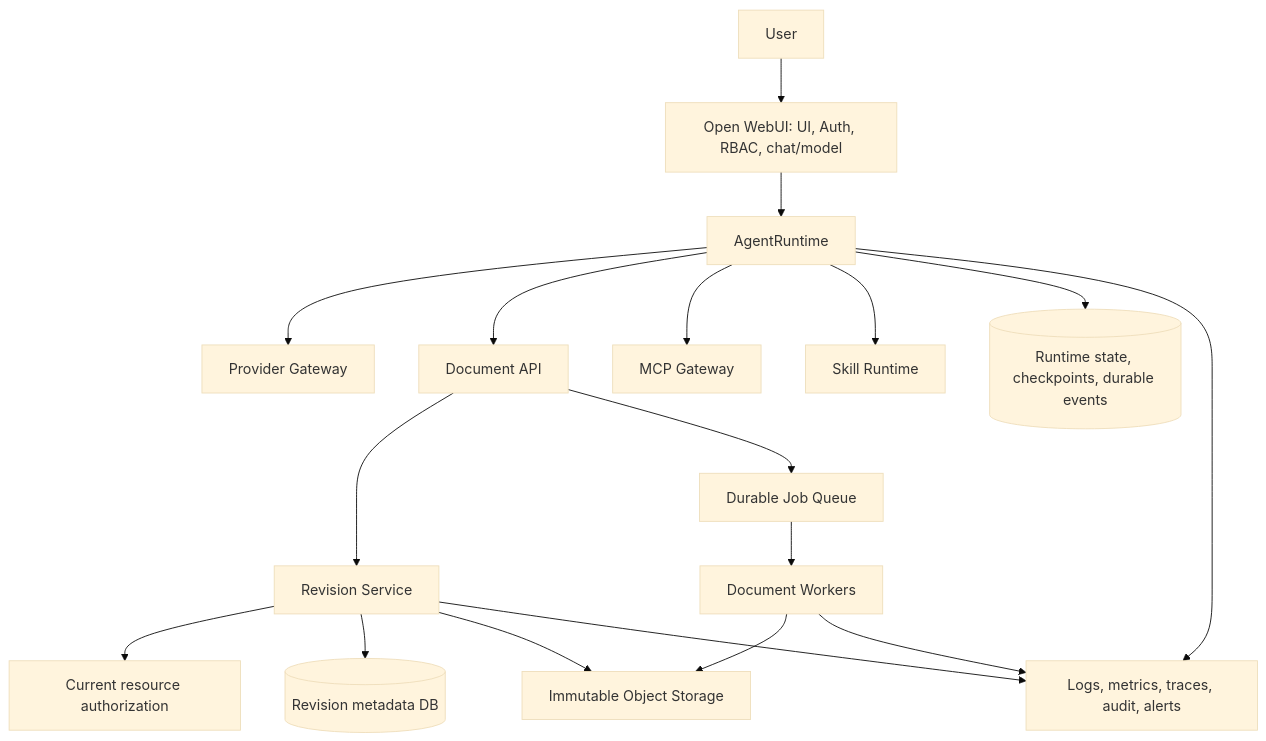
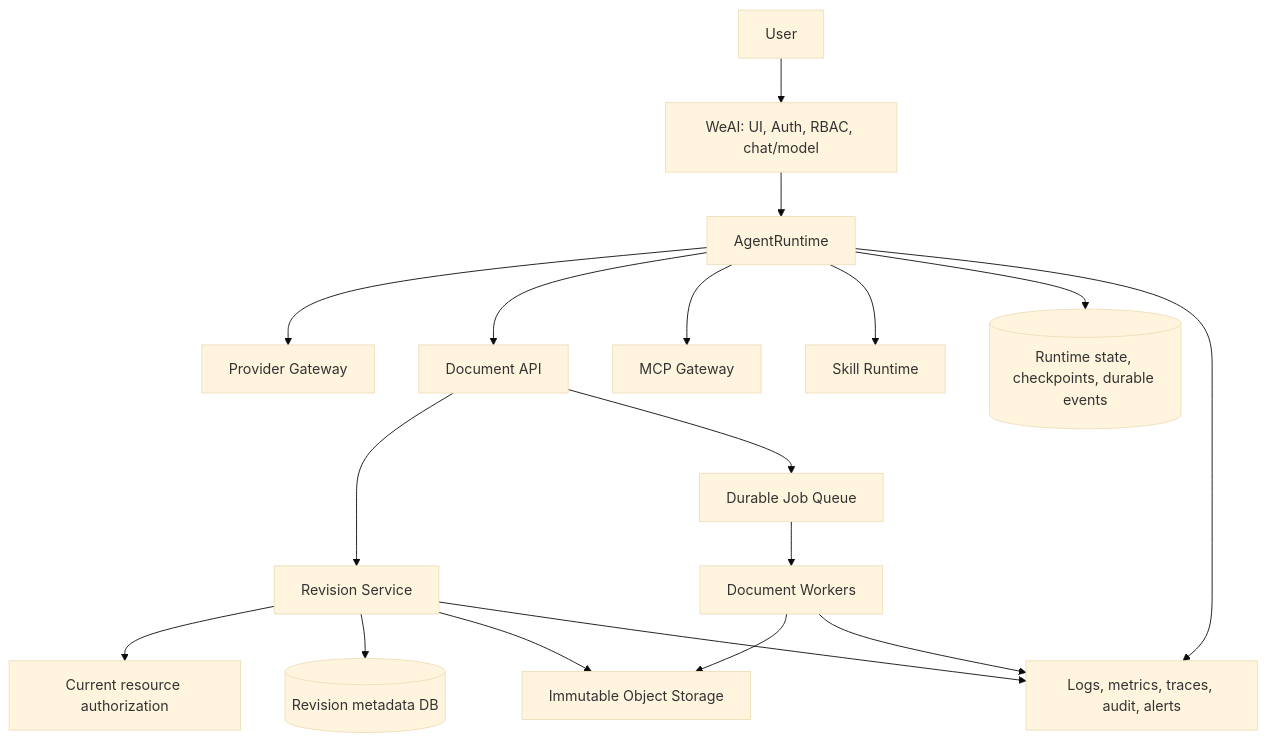
The diagram in docs/plans/production-agent-implementation-plan.md (nqd2/mini-hermes), drawn with Mermaid (base theme) before and after one commit. The commit also changed other lines of this file and 5399 other files, not shown here.

````diff
--- a/docs/plans/production-agent-implementation-plan.md
+++ b/docs/plans/production-agent-implementation-plan.md
@@ -39,20 +39,20 @@
 ```mermaid
 flowchart TD
-    U[User] --> OW[Open WebUI: UI, Auth, RBAC, chat/model]
+    U[User] --> OW[WeAI: UI, Auth, RBAC, chat/model]
     OW --> AR[AgentRuntime]
     AR --> PG[Provider Gateway]
     AR --> DA[Document API]
     DA --> RS[Revision Service]
     AR --> MCP[MCP Gateway]
     AR --> SK[Skill Runtime]
     DA --> Q[Durable Job Queue]
     Q --> DW[Document Workers]
     DW --> ST[Immutable Object Storage]
     RS --> AZ[Current resource authorization]
     RS --> DB[(Revision metadata DB)]
     RS --> ST
     AR --> RDB[(Runtime state, checkpoints, durable events)]
     AR --> OBS[Logs, metrics, traces, audit, alerts]
     RS --> OBS
     DW --> OBS
 ```
````
